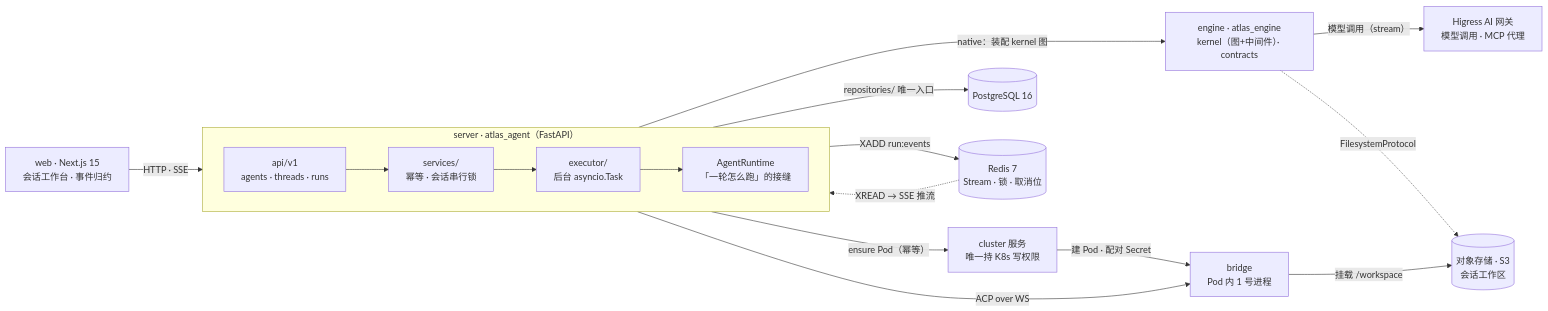
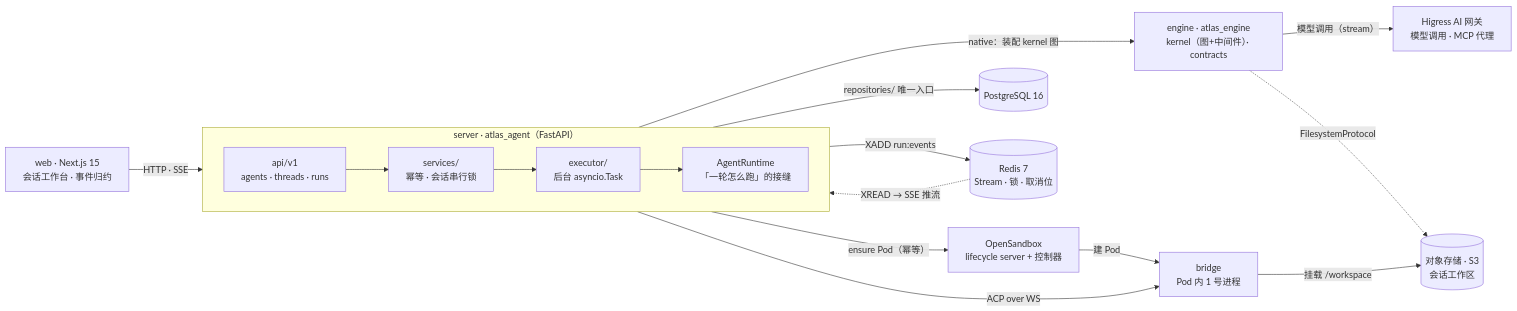
Before and after one commit to work-zhg/atlas: the first of 2 diagrams in README.md, drawn with Mermaid. The commit also changed other lines of this file and 547 other files, not shown here.

First line of the commit message:
feat: 记忆服务与 Atlas 记忆重写；MCP 网关；数字员工与权限类型；审批模式与需求澄清；沙箱迁 OpenSandbox；文档整理

````diff
--- a/README.md
+++ b/README.md
@@ -18,33 +18,33 @@
 ```mermaid
 flowchart LR
   web["web · Next.js 15<br/>会话工作台 · 事件归约"]
 
   subgraph server["server · atlas_agent（FastAPI）"]
     direction LR
     api["api/v1<br/>agents · threads · runs"]
     services["services/<br/>幂等 · 会话串行锁"]
     executor["executor/<br/>后台 asyncio.Task"]
     runtime["AgentRuntime<br/>「一轮怎么跑」的接缝"]
     api --> services --> executor --> runtime
   end
 
   engine["engine · atlas_engine<br/>kernel（图+中间件）· contracts"]
   bridge["bridge<br/>Pod 内 1 号进程"]
-  cluster["cluster 服务<br/>唯一持 K8s 写权限"]
+  osb["OpenSandbox<br/>lifecycle server + 控制器"]
   gw["Higress AI 网关<br/>模型调用 · MCP 代理"]
   oss[("对象存储 · S3<br/>会话工作区")]
   pg[("PostgreSQL 16")]
   redis[("Redis 7<br/>Stream · 锁 · 取消位")]
 
   web -->|"HTTP · SSE"| api
   runtime -->|"native：装配 kernel 图"| engine
   runtime -->|"ACP over WS"| bridge
-  runtime -->|"ensure Pod（幂等）"| cluster
-  cluster -->|"建 Pod · 配对 Secret"| bridge
+  runtime -->|"ensure Pod（幂等）"| osb
+  osb -->|"建 Pod"| bridge
   engine -->|"模型调用（stream）"| gw
   engine -.->|"FilesystemProtocol"| oss
   bridge -->|"挂载 /workspace"| oss
   services -->|"repositories/ 唯一入口"| pg
   executor -->|"XADD run:events"| redis
   redis -.->|"XREAD → SSE 推流"| api
 ```
````
